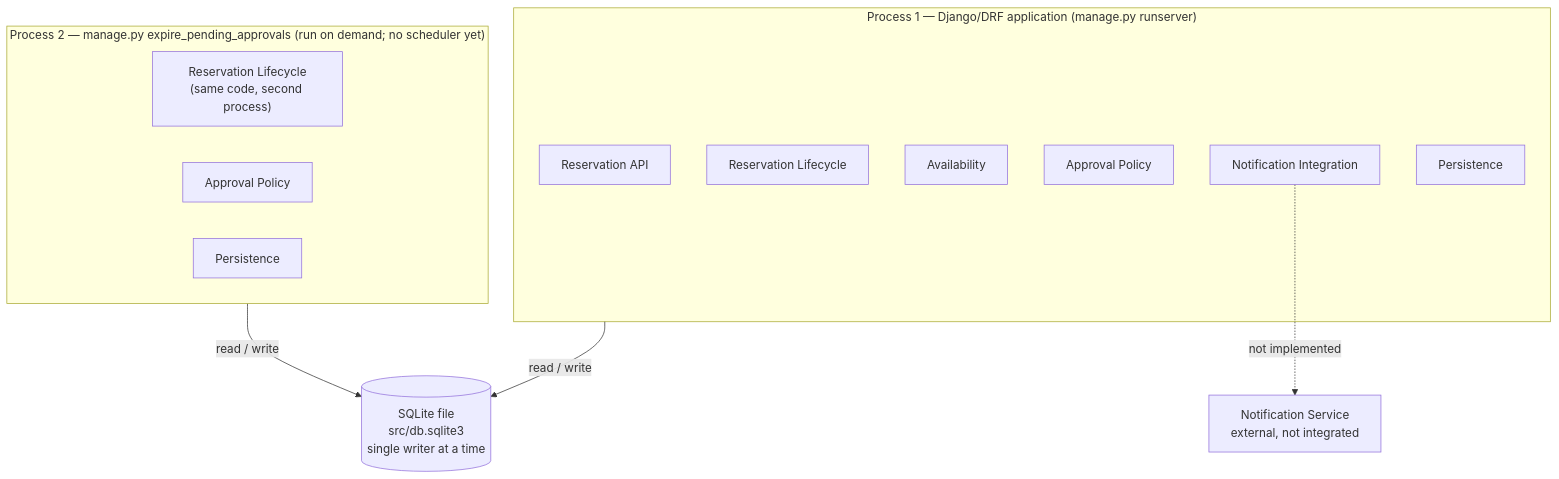
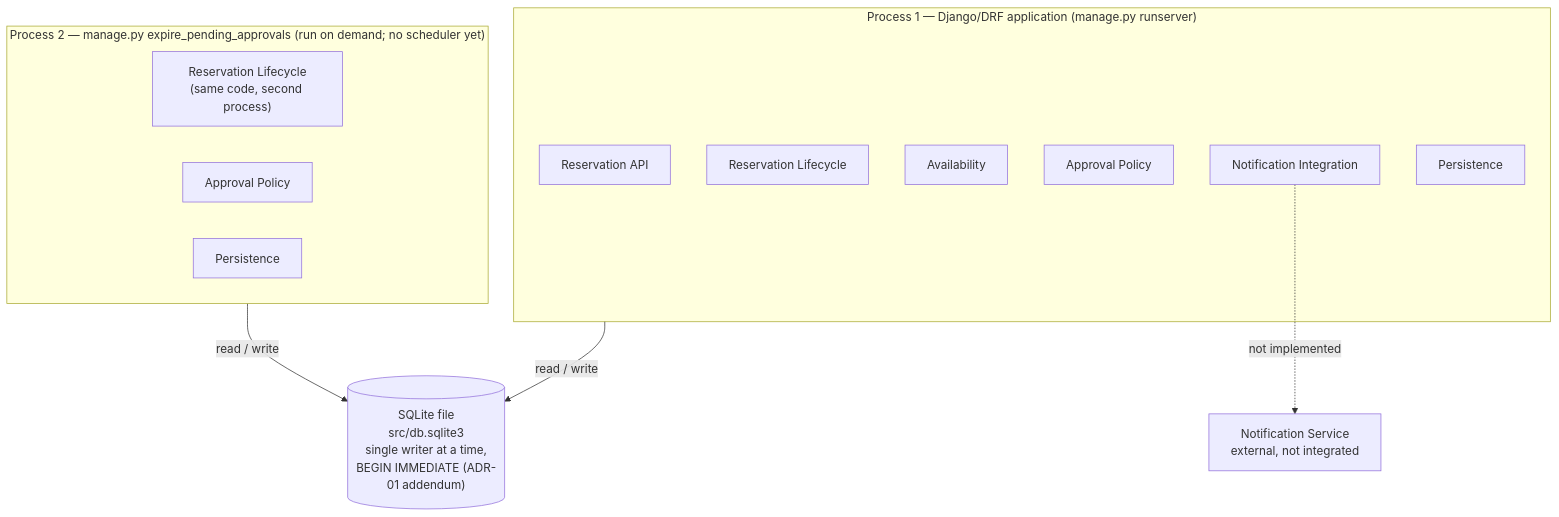
One commit to palcat13/SWI-Projekt changed the sixth of 10 diagrams in docs/architecture-and-decisions.md. Above: the diagram before and after it, drawn with Mermaid. The commit also changed other lines of this file and 11 other files, not shown here.

````diff
--- a/docs/architecture-and-decisions.md
+++ b/docs/architecture-and-decisions.md
@@ -646,24 +712,24 @@
 ```mermaid
 flowchart TB
   subgraph p1["Process 1 — Django/DRF application (manage.py runserver)"]
     c1["Reservation API"]
     c2["Reservation Lifecycle"]
     c3["Availability"]
     c4["Approval Policy"]
     c5["Notification Integration"]
     c6["Persistence"]
   end
 
   subgraph p2["Process 2 — manage.py expire_pending_approvals (run on demand; no scheduler yet)"]
     c2b["Reservation Lifecycle<br/>(same code, second process)"]
     c4b["Approval Policy"]
     c6b["Persistence"]
   end
 
-  db[("SQLite file<br/>src/db.sqlite3<br/>single writer at a time")]
+  db[("SQLite file<br/>src/db.sqlite3<br/>single writer at a time,<br/>BEGIN IMMEDIATE (ADR-01 addendum)")]
   ext["Notification Service<br/>external, not integrated"]
 
   p1 -->|read / write| db
   p2 -->|read / write| db
   c5 -.->|not implemented| ext
 ```
````
